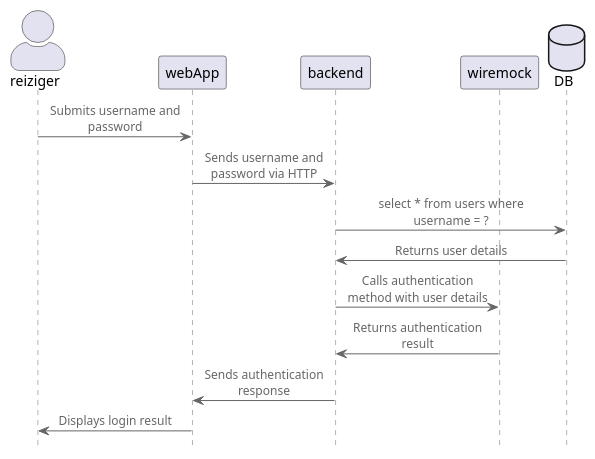
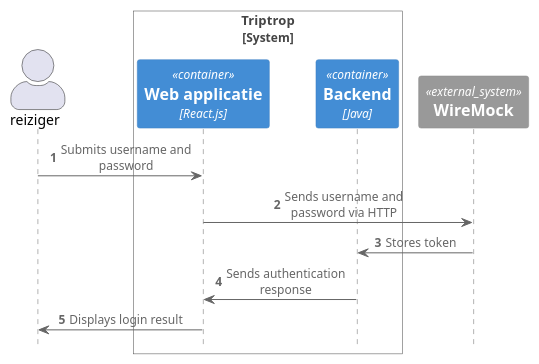
The diagram in Week1/Les4/Youp/Login.puml (AIM-ENE-feb25/triptop-inshallahboys), drawn with PlantUML before and after one commit.

Commit message:
Update Login.puml
made the style look better

```diff
--- a/Week1/Les4/Youp/Login.puml
+++ b/Week1/Les4/Youp/Login.puml
@@ -1,20 +1,20 @@
 @startuml
 !include https://raw.githubusercontent.com/plantuml-stdlib/C4-PlantUML/master/C4_Sequence.puml
 
+autonumber
+
 actor reiziger
-participant webApp
-participant backend
-participant wiremock
-database DB
+System_Boundary(c4, "Triptrop")
+Container(webApp, "Web applicatie", "React.js", "Gebruikersinterface voor reizigers")
+Container(backend, "Backend", "Java", "Verwerkt alle logica")
+Boundary_End()
+System_Ext(wireMock, "WireMock", "API voor webapplicatie")
 
 
 reiziger -> webApp : Submits username and password
-webApp -> backend : Sends username and password via HTTP
-backend -> DB : select * from users where username = ?
-DB -> backend : Returns user details
-backend -> wiremock : Calls authentication method with user details
-wiremock -> backend : Returns authentication result
+webApp -> wireMock : Sends username and password via HTTP
+wireMock -> backend : Stores token
 backend -> webApp : Sends authentication response
 webApp -> reiziger : Displays login result
 
 @enduml
```
